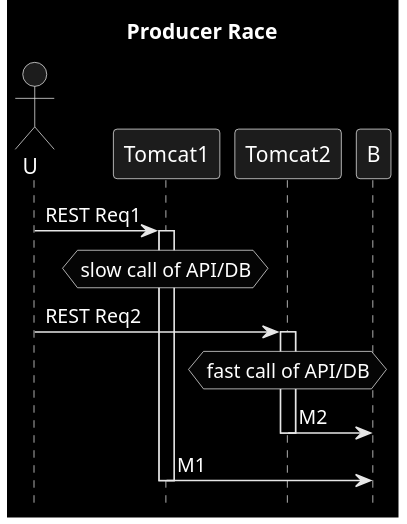
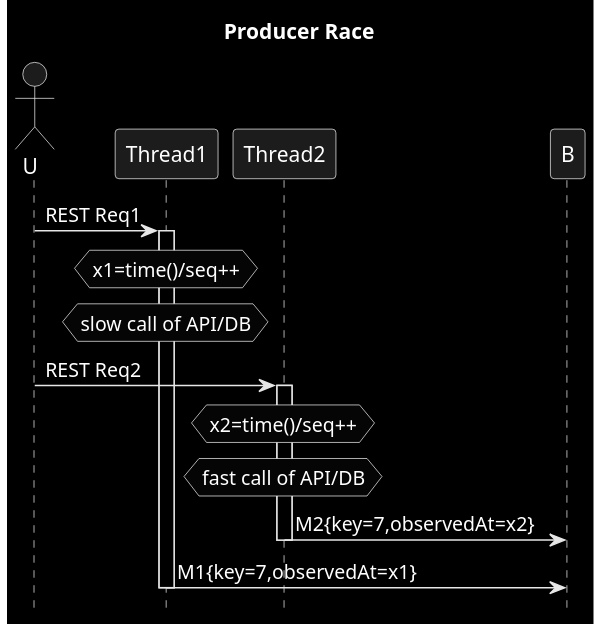
The diagram in patterns/2b_out_of_order_p.puml (victorrentea/kafka), drawn with PlantUML before and after one commit.

Commit message:
added a way to tell the correct order to sent messabges

```diff
--- a/patterns/2b_out_of_order_p.puml
+++ b/patterns/2b_out_of_order_p.puml
@@ -1,17 +1,19 @@
 @startuml
 title Producer Race
 hide footbox
 skinparam monochrome reverse
 actor U
 
-U->Tomcat1: REST Req1
-activate Tomcat1
-hnote over Tomcat1: slow call of API/DB
-U->Tomcat2: REST Req2
-activate Tomcat2
-hnote over Tomcat2: fast call of API/DB
-Tomcat2->B: M2
-deactivate Tomcat2
-Tomcat1->B: M1
-deactivate Tomcat1
+U->Thread1: REST Req1
+activate Thread1
+hnote over Thread1: x1=time()/seq++
+hnote over Thread1: slow call of API/DB
+U->Thread2: REST Req2
+activate Thread2
+hnote over Thread2: x2=time()/seq++
+hnote over Thread2: fast call of API/DB
+Thread2->B: M2{key=7,observedAt=x2}
+deactivate Thread2
+Thread1->B: M1{key=7,observedAt=x1}
+deactivate Thread1
 @enduml
```
